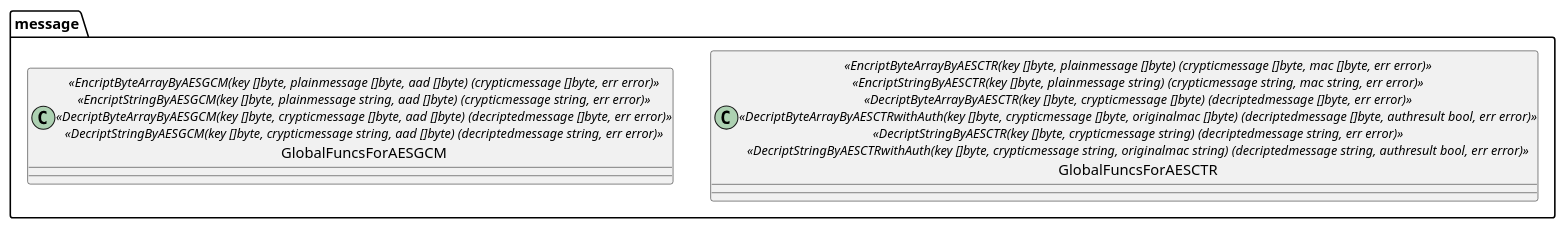
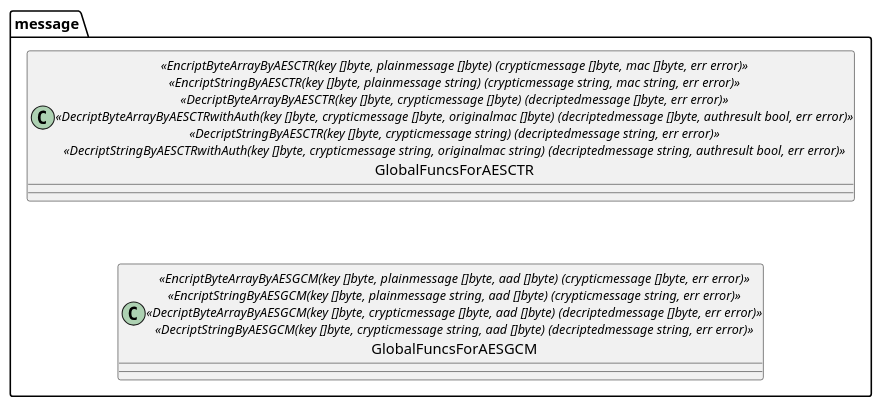
The diagram in docs/global.puml (UedaTakeyuki/message), drawn with PlantUML before and after one commit.

```diff
--- a/docs/global.puml
+++ b/docs/global.puml
@@ -1,16 +1,17 @@
 @startuml
 namespace message {
     class GlobalFuncsForAESCTR <<EncriptByteArrayByAESCTR(key []byte, plainmessage []byte) (crypticmessage []byte, mac []byte, err error)>> \
                                <<EncriptStringByAESCTR(key []byte, plainmessage string) (crypticmessage string, mac string, err error)>> \
                                <<DecriptByteArrayByAESCTR(key []byte, crypticmessage []byte) (decriptedmessage []byte, err error)>> \
                                <<DecriptByteArrayByAESCTRwithAuth(key []byte, crypticmessage []byte, originalmac []byte) (decriptedmessage []byte, authresult bool, err error)>> \
                                <<DecriptStringByAESCTR(key []byte, crypticmessage string) (decriptedmessage string, err error)>> \
                                <<DecriptStringByAESCTRwithAuth(key []byte, crypticmessage string, originalmac string) (decriptedmessage string, authresult bool, err error)>>
     class GlobalFuncsForAESGCM <<EncriptByteArrayByAESGCM(key []byte, plainmessage []byte, aad []byte) (crypticmessage []byte, err error)>> \
                                <<EncriptStringByAESGCM(key []byte, plainmessage string, aad []byte) (crypticmessage string, err error)>> \
                                <<DecriptByteArrayByAESGCM(key []byte, crypticmessage []byte, aad []byte) (decriptedmessage []byte, err error)>> \
                                <<DecriptStringByAESGCM(key []byte, crypticmessage string, aad []byte) (decriptedmessage string, err error)>>
+    GlobalFuncsForAESCTR -[hidden]- GlobalFuncsForAESGCM
 }
 
 
 @enduml
```
